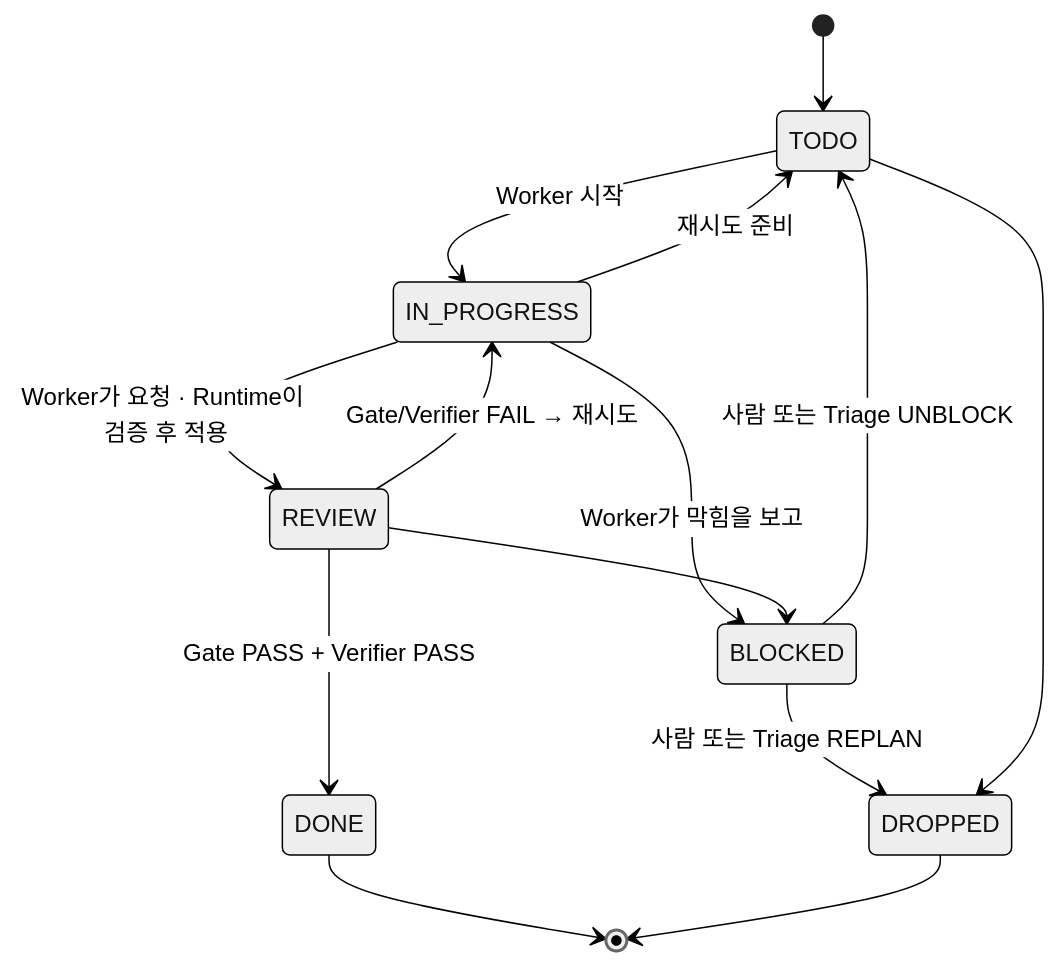
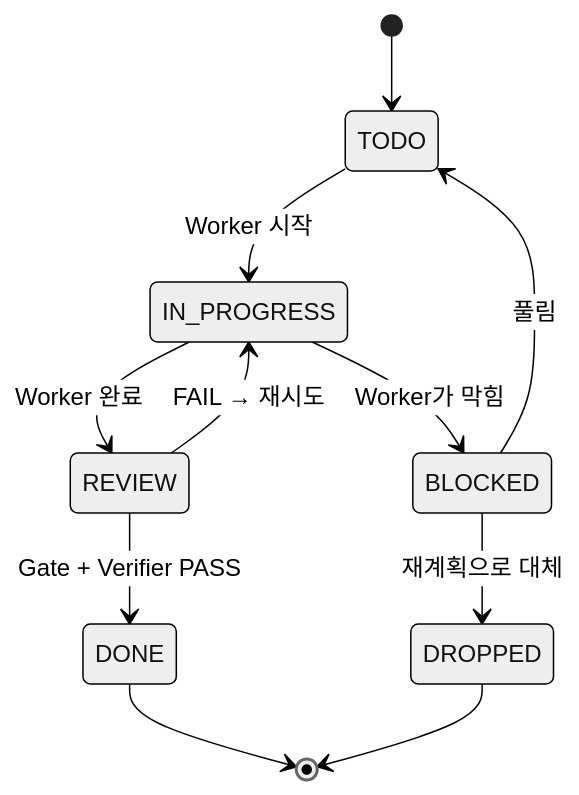
The fourth of 5 diagrams in README.md (JJleem/molt-loop), drawn with Mermaid (neutral theme) before and after one commit. The commit also changed other lines of this file and 1 other file, not shown here.

First line of the commit message:
docs: simpler diagrams and a concrete first-session example in the README

````diff
--- a/README.md
+++ b/README.md
@@ -271,16 +281,13 @@
 ```mermaid
 stateDiagram-v2
     [*] --> TODO
     TODO --> IN_PROGRESS : Worker 시작
-    IN_PROGRESS --> REVIEW : Worker가 요청 · Runtime이 검증 후 적용
-    IN_PROGRESS --> BLOCKED : Worker가 막힘을 보고
-    IN_PROGRESS --> TODO : 재시도 준비
-    REVIEW --> DONE : Gate PASS + Verifier PASS
-    REVIEW --> IN_PROGRESS : Gate/Verifier FAIL → 재시도
-    REVIEW --> BLOCKED
-    BLOCKED --> TODO : 사람 또는 Triage UNBLOCK
-    BLOCKED --> DROPPED : 사람 또는 Triage REPLAN
-    TODO --> DROPPED
+    IN_PROGRESS --> REVIEW : Worker 완료
+    IN_PROGRESS --> BLOCKED : Worker가 막힘
+    REVIEW --> DONE : Gate + Verifier PASS
+    REVIEW --> IN_PROGRESS : FAIL → 재시도
+    BLOCKED --> TODO : 풀림
+    BLOCKED --> DROPPED : 재계획으로 대체
     DONE --> [*]
     DROPPED --> [*]
 ```
````
